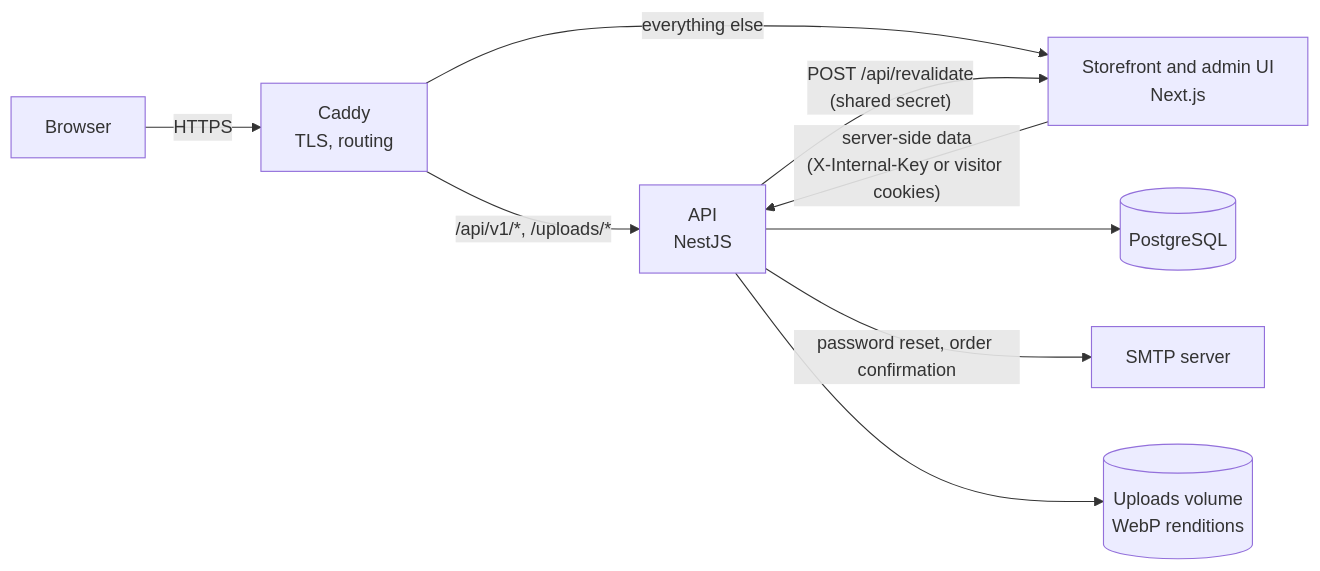
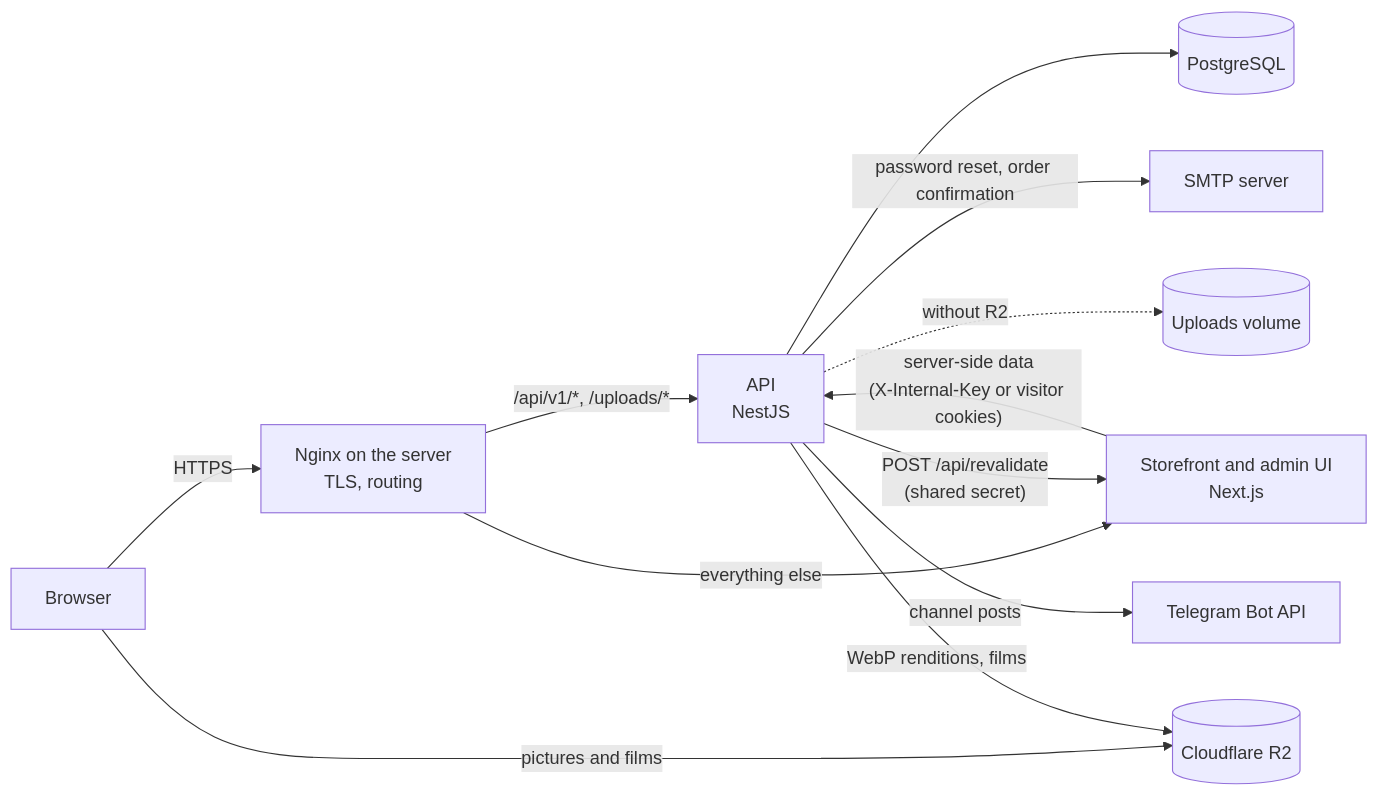
The first of 4 diagrams in docs/architecture/overview.md (AzimovAsadbek/teran), drawn with Mermaid before and after one commit. The commit also changed other lines of this file and 113 other files, not shown here.

````diff
--- a/docs/architecture/overview.md
+++ b/docs/architecture/overview.md
@@ -9,11 +9,14 @@
 ```mermaid
 flowchart LR
-    browser[Browser] -->|HTTPS| caddy[Caddy<br/>TLS, routing]
-    caddy -->|"/api/v1/*, /uploads/*"| api[API<br/>NestJS]
-    caddy -->|everything else| web[Storefront and admin UI<br/>Next.js]
+    browser[Browser] -->|HTTPS| nginx[Nginx on the server<br/>TLS, routing]
+    nginx -->|"/api/v1/*, /uploads/*"| api[API<br/>NestJS]
+    nginx -->|everything else| web[Storefront and admin UI<br/>Next.js]
+    browser -->|pictures and films| r2[(Cloudflare R2)]
     web -->|"server-side data<br/>(X-Internal-Key or visitor cookies)"| api
     api -->|"POST /api/revalidate<br/>(shared secret)"| web
     api --> db[(PostgreSQL)]
     api -->|password reset, order confirmation| smtp[SMTP server]
-    api --> uploads[(Uploads volume<br/>WebP renditions)]
+    api -->|WebP renditions, films| r2
+    api -.->|without R2| uploads[(Uploads volume)]
+    api -->|channel posts| telegram[Telegram Bot API]
 ```
````
